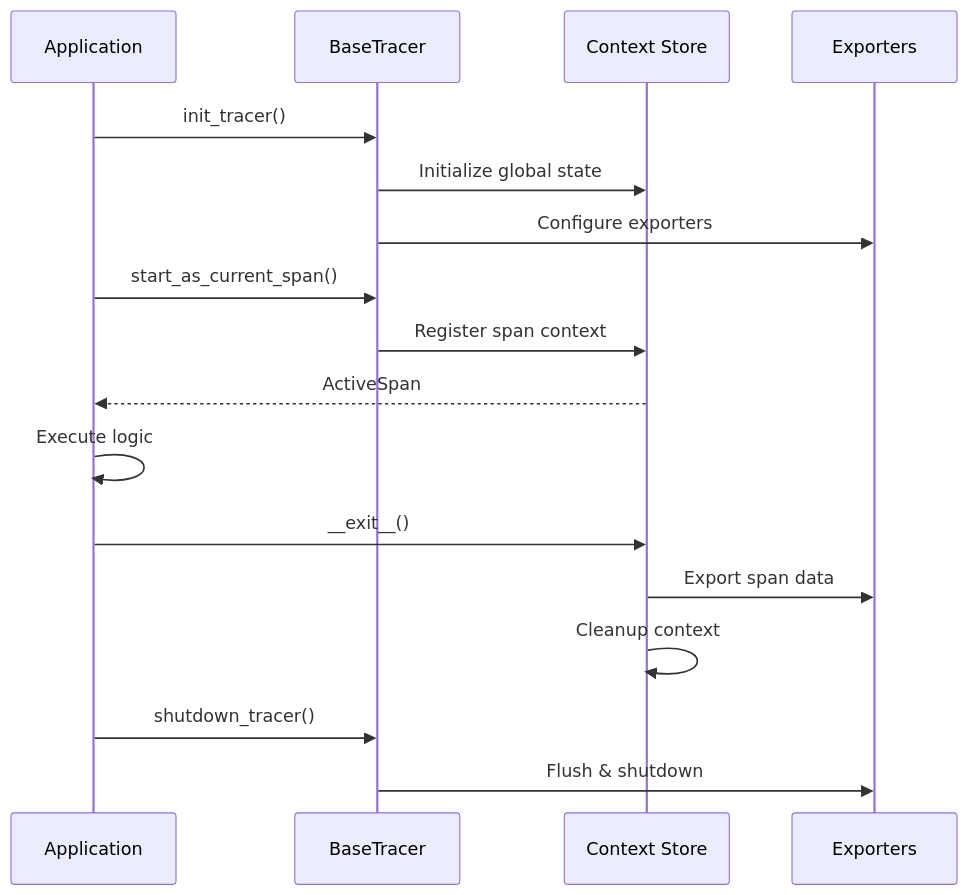
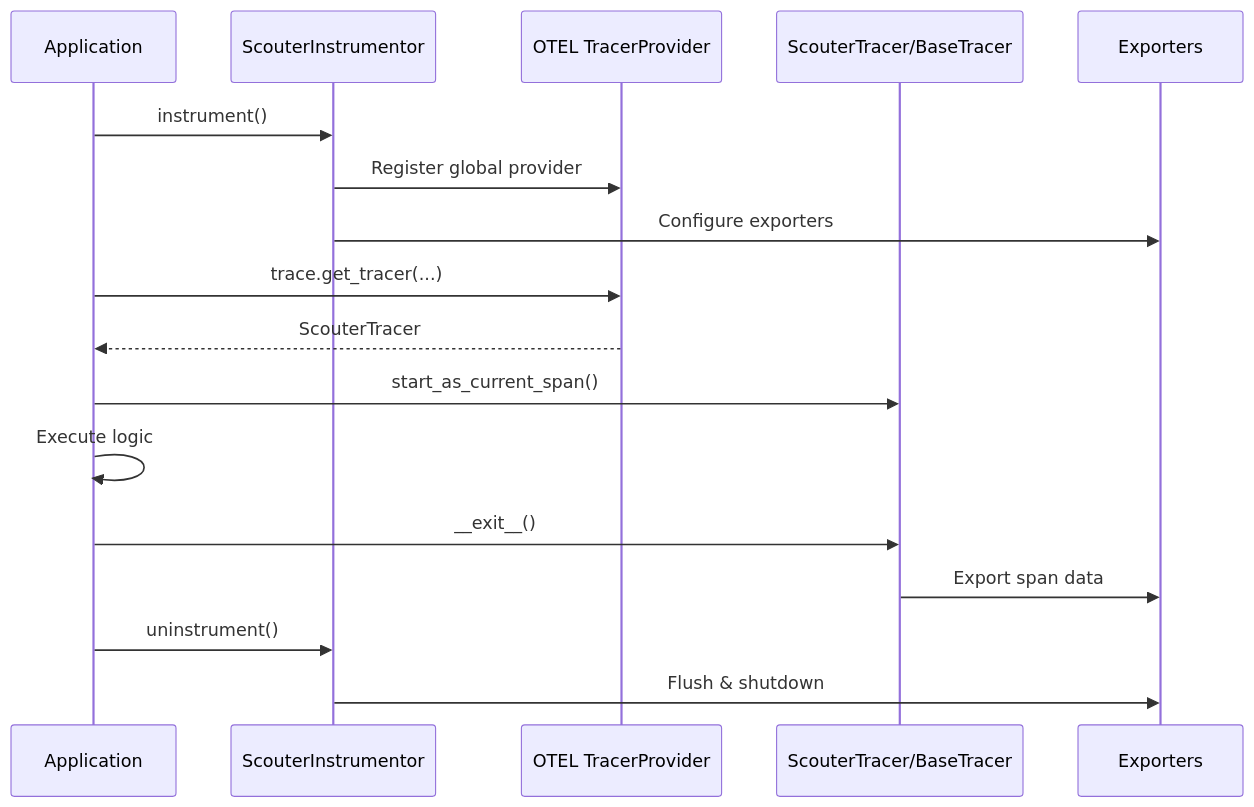
Before and after one commit to demml/scouter: the second of 2 diagrams in py-scouter/docs/docs/tracing/overview.md, drawn with Mermaid. The commit also changed other lines of this file and 37 other files, not shown here.

````diff
--- a/py-scouter/docs/docs/tracing/overview.md
+++ b/py-scouter/docs/docs/tracing/overview.md
@@ -89,24 +102,24 @@
 ```mermaid
 sequenceDiagram
     participant App as Application
-    participant Tracer as BaseTracer
-    participant Store as Context Store
+    participant Inst as ScouterInstrumentor
+    participant OTel as OTEL TracerProvider
+    participant Tracer as ScouterTracer/BaseTracer
     participant Exp as Exporters
 
-    App->>Tracer: init_tracer()
-    Tracer->>Store: Initialize global state
-    Tracer->>Exp: Configure exporters
+    App->>Inst: instrument()
+    Inst->>OTel: Register global provider
+    Inst->>Exp: Configure exporters
 
+    App->>OTel: trace.get_tracer(...)
+    OTel-->>App: ScouterTracer
     App->>Tracer: start_as_current_span()
-    Tracer->>Store: Register span context
-    Store-->>App: ActiveSpan
 
     App->>App: Execute logic
 
-    App->>Store: __exit__()
-    Store->>Exp: Export span data
-    Store->>Store: Cleanup context
+    App->>Tracer: __exit__()
+    Tracer->>Exp: Export span data
 
-    App->>Tracer: shutdown_tracer()
-    Tracer->>Exp: Flush & shutdown
+    App->>Inst: uninstrument()
+    Inst->>Exp: Flush & shutdown
 ```
````
